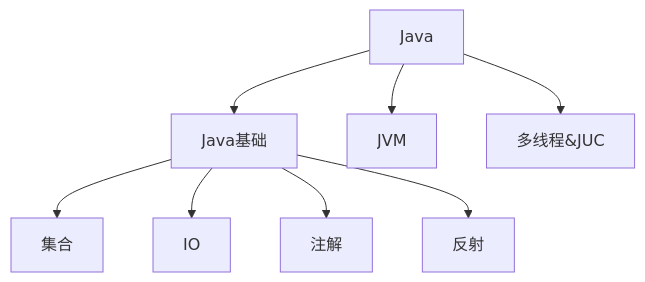
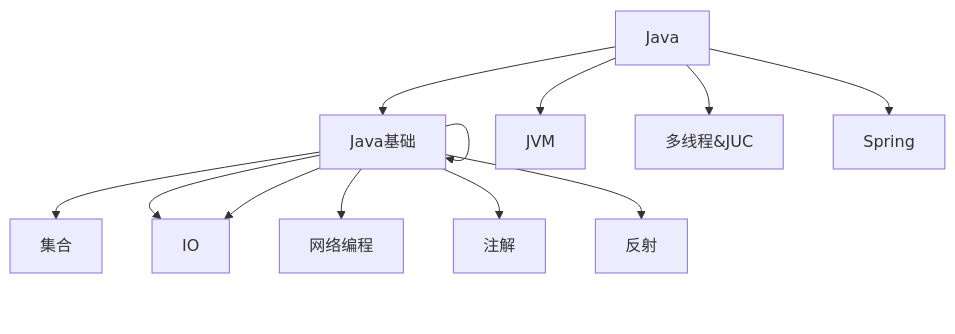
The first of 2 diagrams in docs/README.md (XiYun0/XiYun-Notes), drawn with Mermaid before and after one commit. The commit also changed 1 other file, not shown here.

Commit message:
更新

````diff
--- a/docs/README.md
+++ b/docs/README.md
@@ -146,10 +146,14 @@
 ```mermaid
 graph TD;
 	Java-->Java基础
 	Java基础-->集合
+	Java基础--> 
 	Java基础-->IO
+	Java基础-->IO
+	Java基础-->网络编程
 	Java基础-->注解
 	Java基础-->反射
     Java-->JVM
     Java-->多线程&JUC
+	Java-->Spring
 ```
````
